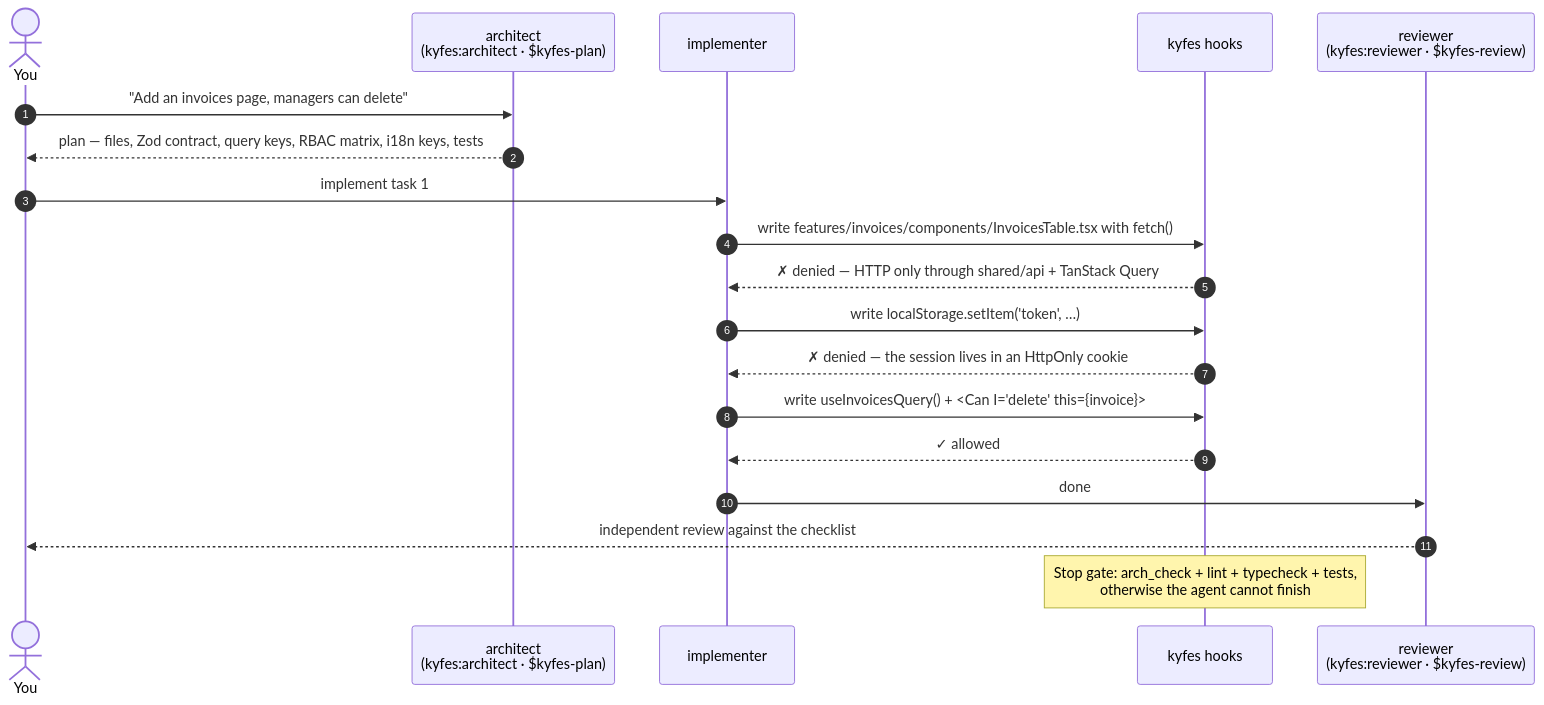
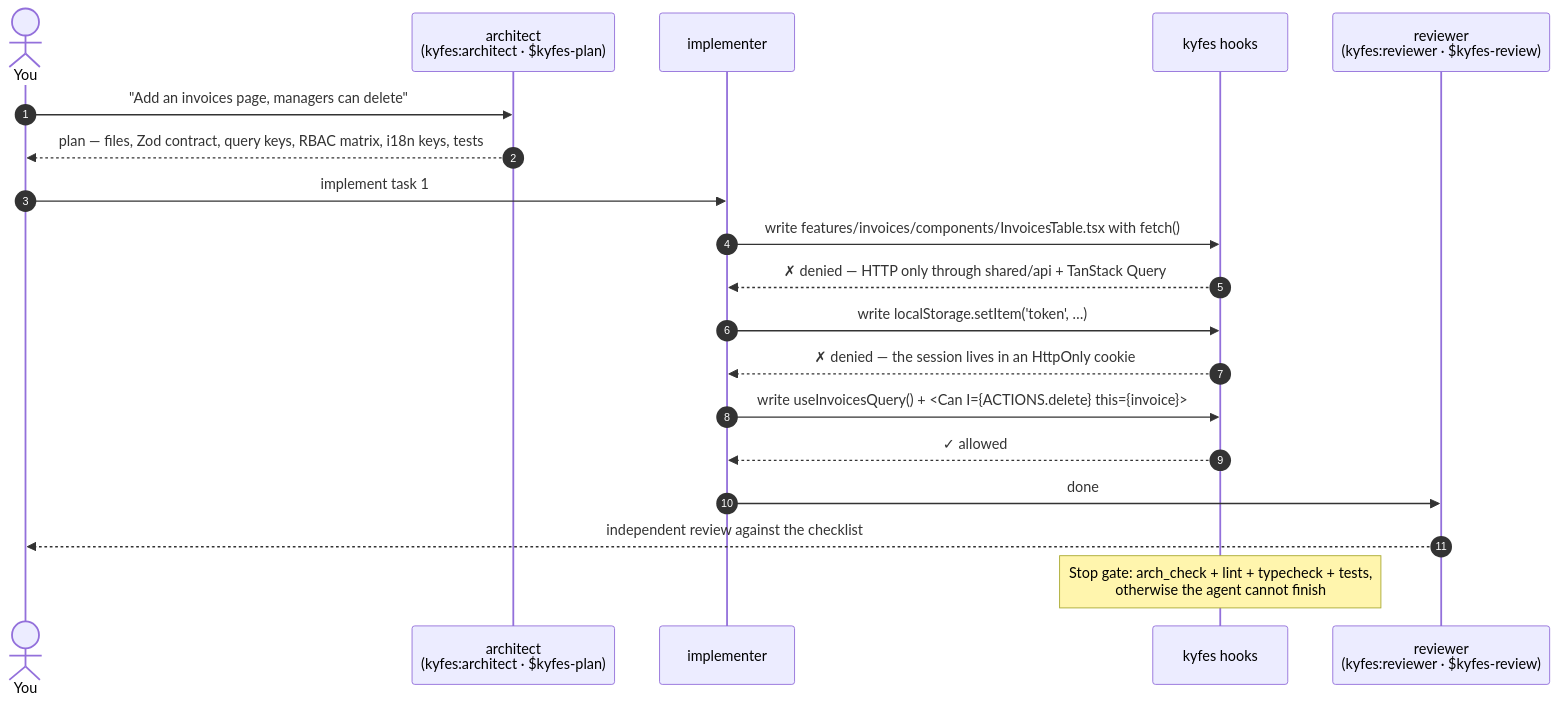
Before and after one commit to en1-gma/kyfes: the second of 2 diagrams in README.md, drawn with Mermaid. The commit also changed other lines of this file and 21 other files, not shown here.

````diff
--- a/README.md
+++ b/README.md
@@ -52,21 +52,21 @@
 ```mermaid
 sequenceDiagram
     autonumber
     actor Dev as You
     participant A as architect<br/>(kyfes:architect · $kyfes-plan)
     participant I as implementer
     participant H as kyfes hooks
     participant R as reviewer<br/>(kyfes:reviewer · $kyfes-review)
     Dev->>A: "Add an invoices page, managers can delete"
     A-->>Dev: plan — files, Zod contract, query keys, RBAC matrix, i18n keys, tests
     Dev->>I: implement task 1
     I->>H: write features/invoices/components/InvoicesTable.tsx with fetch()
     H-->>I: ✗ denied — HTTP only through shared/api + TanStack Query
     I->>H: write localStorage.setItem('token', …)
     H-->>I: ✗ denied — the session lives in an HttpOnly cookie
-    I->>H: write useInvoicesQuery() + <Can I="delete" this={invoice}>
+    I->>H: write useInvoicesQuery() + <Can I={ACTIONS.delete} this={invoice}>
     H-->>I: ✓ allowed
     I->>R: done
     R-->>Dev: independent review against the checklist
     Note over H: Stop gate: arch_check + lint + typecheck + tests,<br/>otherwise the agent cannot finish
 ```
````
